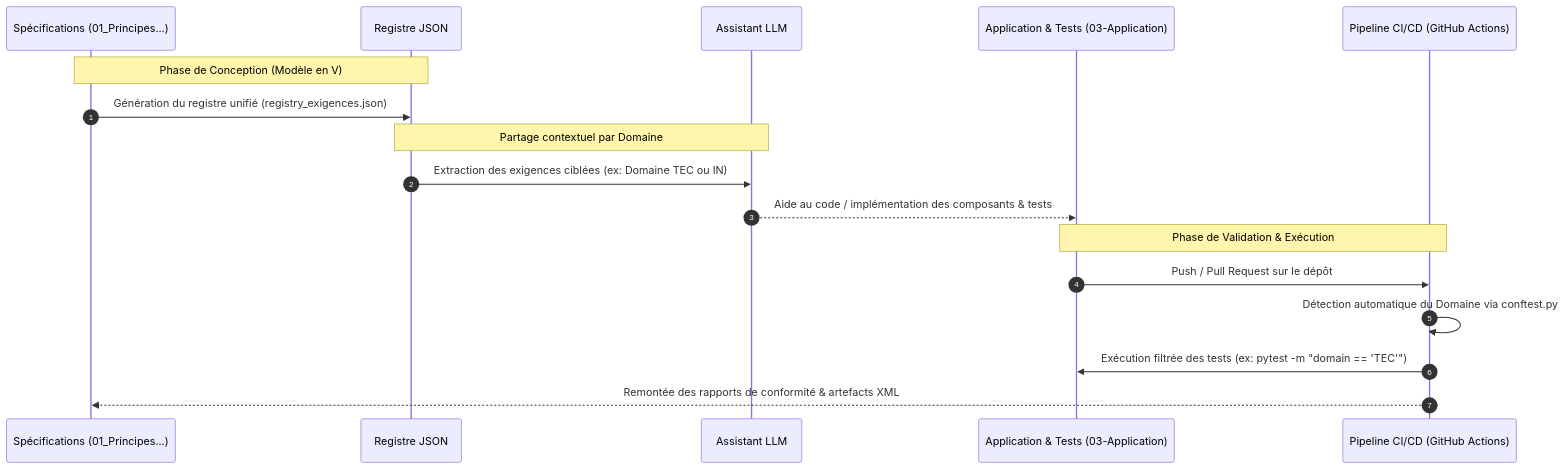
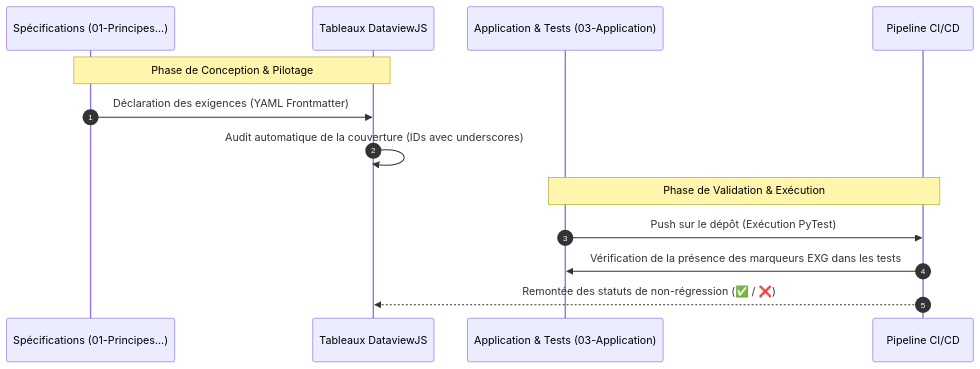
The diagram in 01-Principes_Spécifications/README_Gestion des Spécifications et Traçabilité_Spec-Driven-VModel.md (AlbanLher/Dkg-cybersec), drawn with Mermaid before and after one commit. The commit also changed other lines of this file and 71 other files, not shown here.

Commit message:
phase 8 Demo Apps pass test OK

````diff
--- a/01-Principes_Spécifications/README_Gestion des Spécifications et Traçabilité_Spec-Driven-VModel.md
+++ b/01-Principes_Spécifications/README_Gestion des Spécifications et Traçabilité_Spec-Driven-VModel.md
@@ -43,22 +60,17 @@
 ```mermaid
 sequenceDiagram
     autonumber
-    participant Spec as Spécifications (01_Principes...)
-    participant Reg as Registre JSON
-    participant LLM as Assistant LLM
+    participant Spec as Spécifications (01-Principes...)
+    participant Obsidian as Tableaux DataviewJS
     participant Code as Application & Tests (03-Application)
-    participant CI as Pipeline CI/CD (GitHub Actions)
+    participant CI as Pipeline CI/CD
 
-    Note over Spec, Reg: Phase de Conception (Modèle en V)
-    Spec->>Reg: Génération du registre unifié (registry_exigences.json)
+    Note over Spec, Obsidian: Phase de Conception & Pilotage
+    Spec->>Obsidian: Déclaration des exigences (YAML Frontmatter)
+    Obsidian->>Obsidian: Audit automatique de la couverture (IDs avec underscores)
     
-    Note over Reg, LLM: Partage contextuel par Domaine
-    Reg->>LLM: Extraction des exigences ciblées (ex: Domaine TEC ou IN)
-    LLM-->>Code: Aide au code / implémentation des composants & tests
-
     Note over Code, CI: Phase de Validation & Exécution
-    Code->>CI: Push / Pull Request sur le dépôt
-    CI->>CI: Détection automatique du Domaine via conftest.py
-    CI->>Code: Exécution filtrée des tests (ex: pytest -m "domain == 'TEC'")
-    CI-->>Spec: Remontée des rapports de conformité & artefacts XML
+    Code->>CI: Push sur le dépôt (Exécution PyTest)
+    CI->>Code: Vérification de la présence des marqueurs EXG dans les tests
+    CI-->>Obsidian: Remontée des statuts de non-régression (✅ / ❌)
 ```
````
